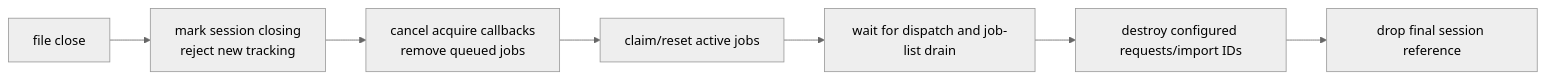
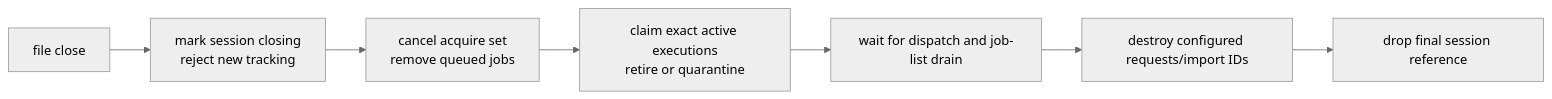
Diagram 12 of 13 in kernel-drivers/docs/driver-architecture-comparison.md (yisding/rock-5b-ysp), drawn with Mermaid (neutral theme) before and after one commit. The commit also changed other lines of this file and 13 other files, not shown here.

````diff
--- a/kernel-drivers/docs/driver-architecture-comparison.md
+++ b/kernel-drivers/docs/driver-architecture-comparison.md
@@ -501,9 +527,9 @@
 ```mermaid
 flowchart LR
   close["file close"] --> gate["mark session closing<br/>reject new tracking"]
-  gate --> pending["cancel acquire callbacks<br/>remove queued jobs"]
-  pending --> active["claim/reset active jobs"]
+  gate --> pending["cancel acquire set<br/>remove queued jobs"]
+  pending --> active["claim exact active executions<br/>retire or quarantine"]
   active --> handoff["wait for dispatch and job-list drain"]
   handoff --> ids["destroy configured requests/import IDs"]
   ids --> free["drop final session reference"]
 ```
````
